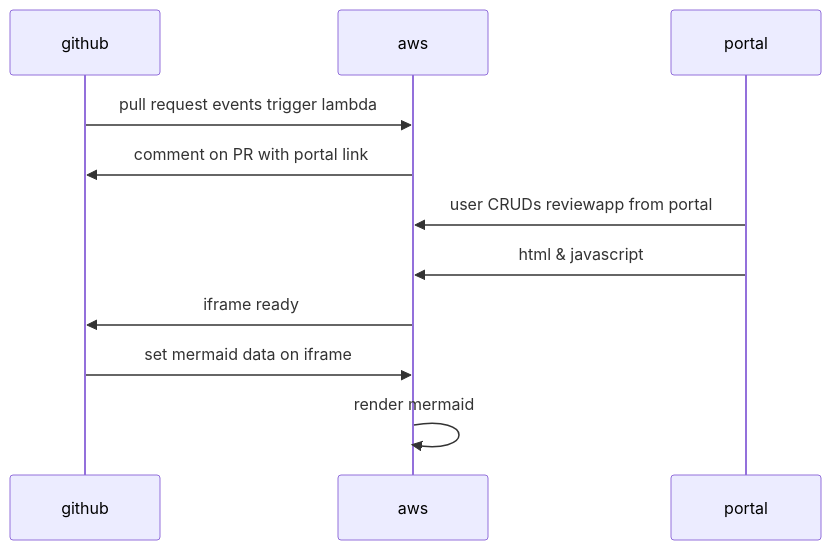
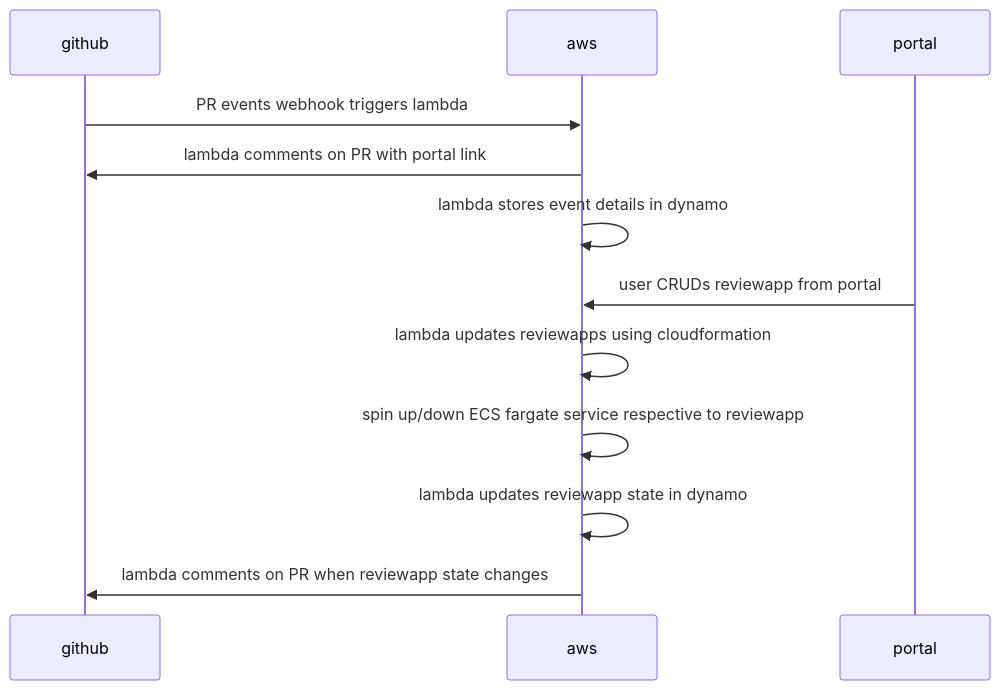
One commit to arpan-skilljar/testrepo changed the diagram in diagram.md. Above: the diagram before and after it, drawn with Mermaid.

Commit message:
add diagram changes

````diff
--- a/diagram.md
+++ b/diagram.md
@@ -1,13 +1,14 @@
 ```mermaid
 sequenceDiagram
     participant github
     participant aws
     participant portal
-    github->>aws: pull request events trigger lambda
-    aws->>github: comment on PR with portal link
+    github->>aws: PR events webhook triggers lambda
+    aws->>github: lambda comments on PR with portal link
+    aws->>aws: lambda stores event details in dynamo
     portal->>aws: user CRUDs reviewapp from portal
-    portal->>aws: html & javascript
-    aws->>github: iframe ready
-    github->>aws: set mermaid data on iframe
-    aws->>aws: render mermaid
+    aws->>aws: lambda updates reviewapps using cloudformation
+    aws->>aws: spin up/down ECS fargate service respective to reviewapp
+    aws->>aws: lambda updates reviewapp state in dynamo
+    aws->>github: lambda comments on PR when reviewapp state changes
 ```
````
